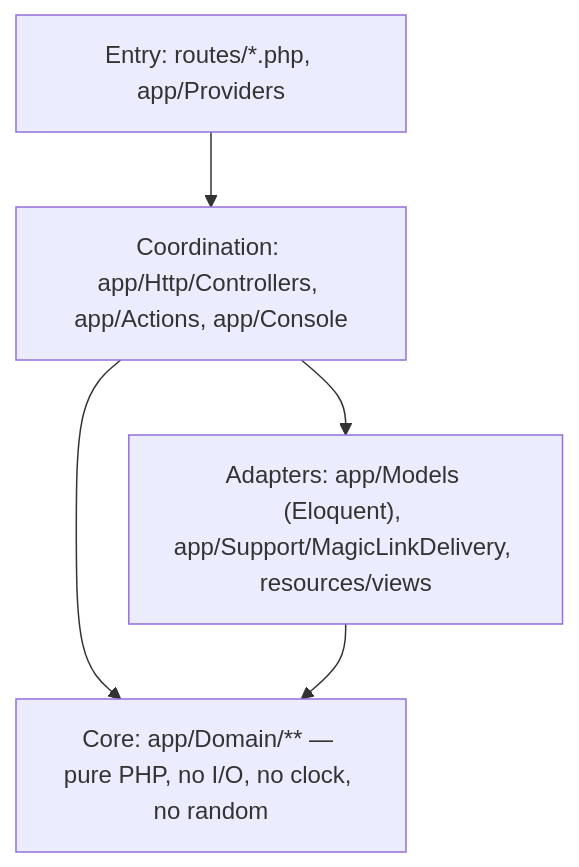
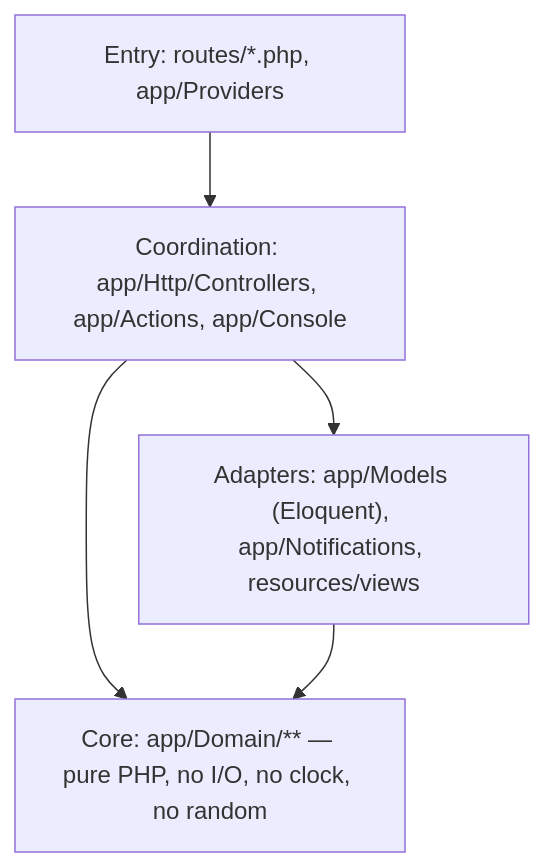
The second of 4 diagrams in prototype/php/docs/architecture.md (jonathan-beebe/art-store), drawn with Mermaid before and after one commit. The commit also changed other lines of this file and 407 other files, not shown here.

````diff
--- a/prototype/php/docs/architecture.md
+++ b/prototype/php/docs/architecture.md
@@ -31,8 +31,8 @@
 ```mermaid
 flowchart TD
     entry["Entry: routes/*.php, app/Providers"] --> coord
     coord["Coordination: app/Http/Controllers, app/Actions, app/Console"] --> core
     coord --> adapters
-    adapters["Adapters: app/Models (Eloquent), app/Support/MagicLinkDelivery, resources/views"] --> core
+    adapters["Adapters: app/Models (Eloquent), app/Notifications, resources/views"] --> core
     core["Core: app/Domain/** — pure PHP, no I/O, no clock, no random"]
 ```
````
